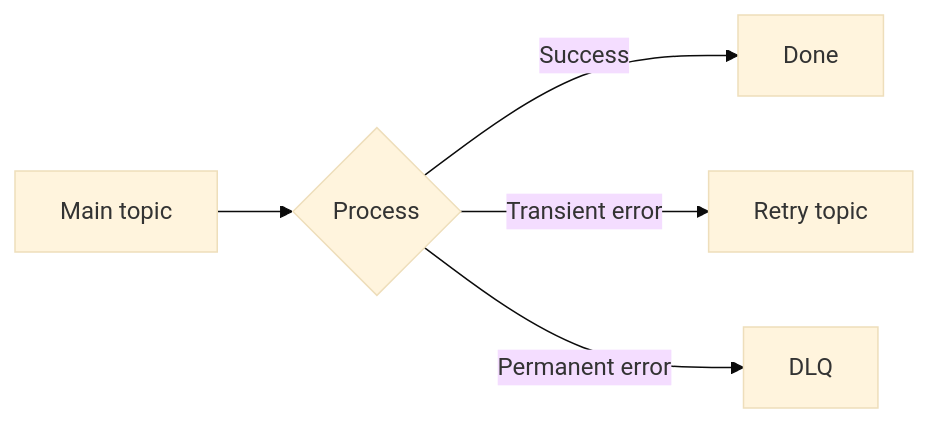
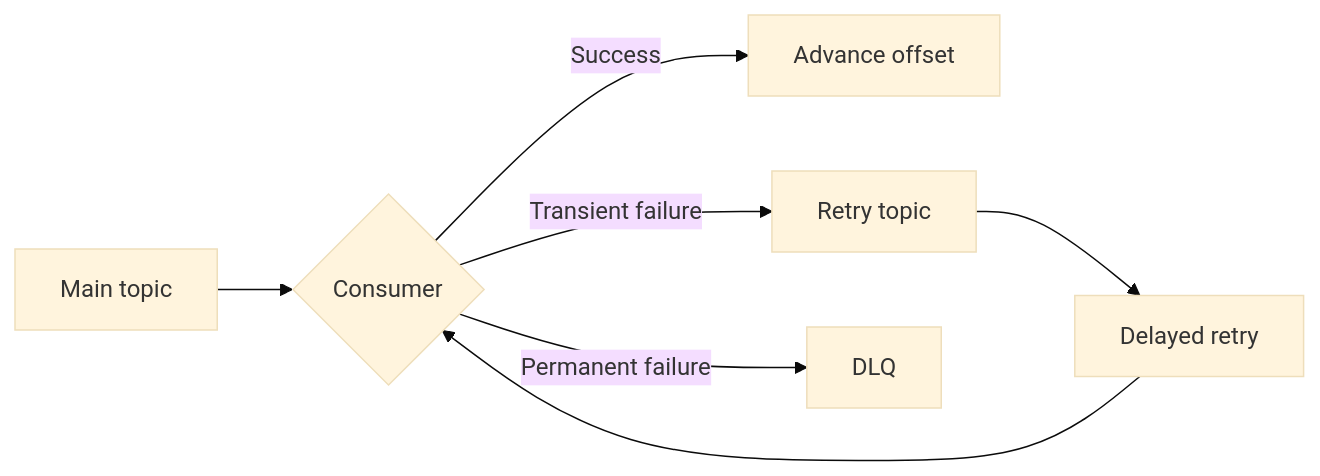
The diagram in _posts/2026-06-05-kafka-retry-dlq-poison-message-patterns-part-1.md (sandeepbhardwaj/sandeepbhardwaj.github.io), drawn with Mermaid (base theme) before and after one commit. The commit also changed other lines of this file and 113 other files, not shown here.

````diff
--- a/_posts/2026-06-05-kafka-retry-dlq-poison-message-patterns-part-1.md
+++ b/_posts/2026-06-05-kafka-retry-dlq-poison-message-patterns-part-1.md
@@ -45,7 +41,9 @@
 ```mermaid
 flowchart LR
-    A[Main topic] --> B{Process}
-    B -->|Success| C[Done]
-    B -->|Transient error| D[Retry topic]
-    B -->|Permanent error| E[DLQ]
+    A[Main topic] --> B{Consumer}
+    B -->|Success| C[Advance offset]
+    B -->|Transient failure| D[Retry topic]
+    B -->|Permanent failure| E[DLQ]
+    D --> F[Delayed retry]
+    F --> B
 ```
````
